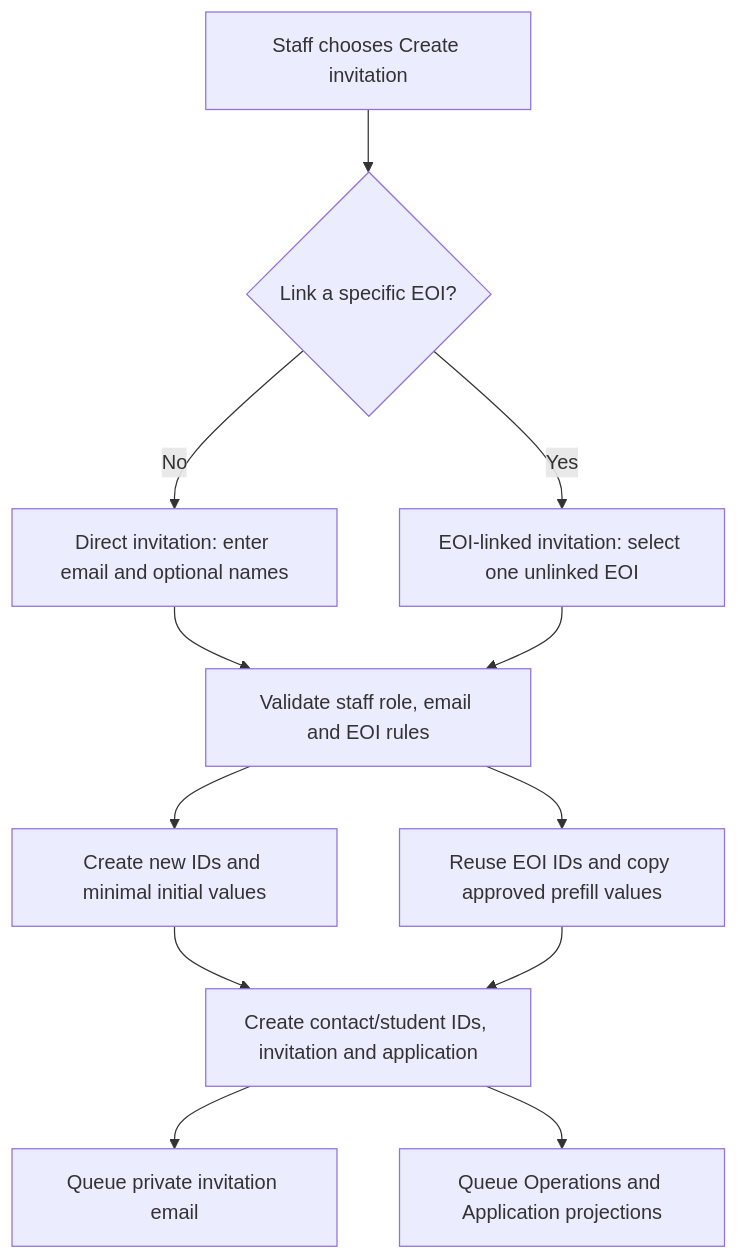
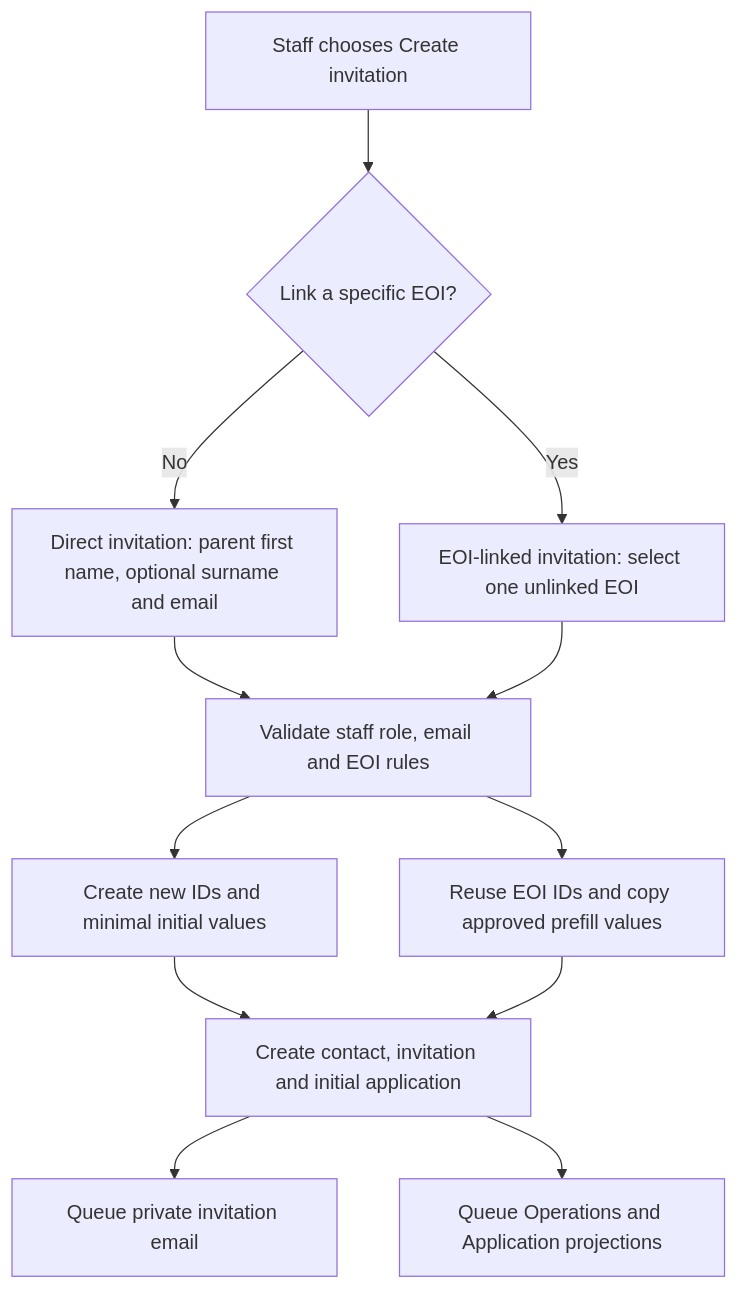
One commit to Martin-Reinoso/independentschoolwest changed the fifth of 13 diagrams in Rosewood enrolment/v6/DATA-PROCESS-MAP.md. Above: the diagram before and after it, drawn with Mermaid. The commit also changed other lines of this file and 17 other files, not shown here.

````diff
--- a/Rosewood enrolment/v6/DATA-PROCESS-MAP.md
+++ b/Rosewood enrolment/v6/DATA-PROCESS-MAP.md
@@ -226,19 +226,19 @@
 ```mermaid
 flowchart TD
     Start["Staff chooses Create invitation"]
     Choice{"Link a specific EOI?"}
-    Direct["Direct invitation: enter email and optional names"]
+    Direct["Direct invitation: parent first name, optional surname and email"]
     Linked["EOI-linked invitation: select one unlinked EOI"]
     Checks["Validate staff role, email and EOI rules"]
-    Create["Create contact/student IDs, invitation and application"]
+    Create["Create contact, invitation and initial application"]
     Prefill["Reuse EOI IDs and copy approved prefill values"]
     Empty["Create new IDs and minimal initial values"]
     Email["Queue private invitation email"]
     Report["Queue Operations and Application projections"]
 
     Start --> Choice
     Choice -->|"No"| Direct --> Checks --> Empty --> Create
     Choice -->|"Yes"| Linked --> Checks --> Prefill --> Create
     Create --> Email
     Create --> Report
 ```
````
